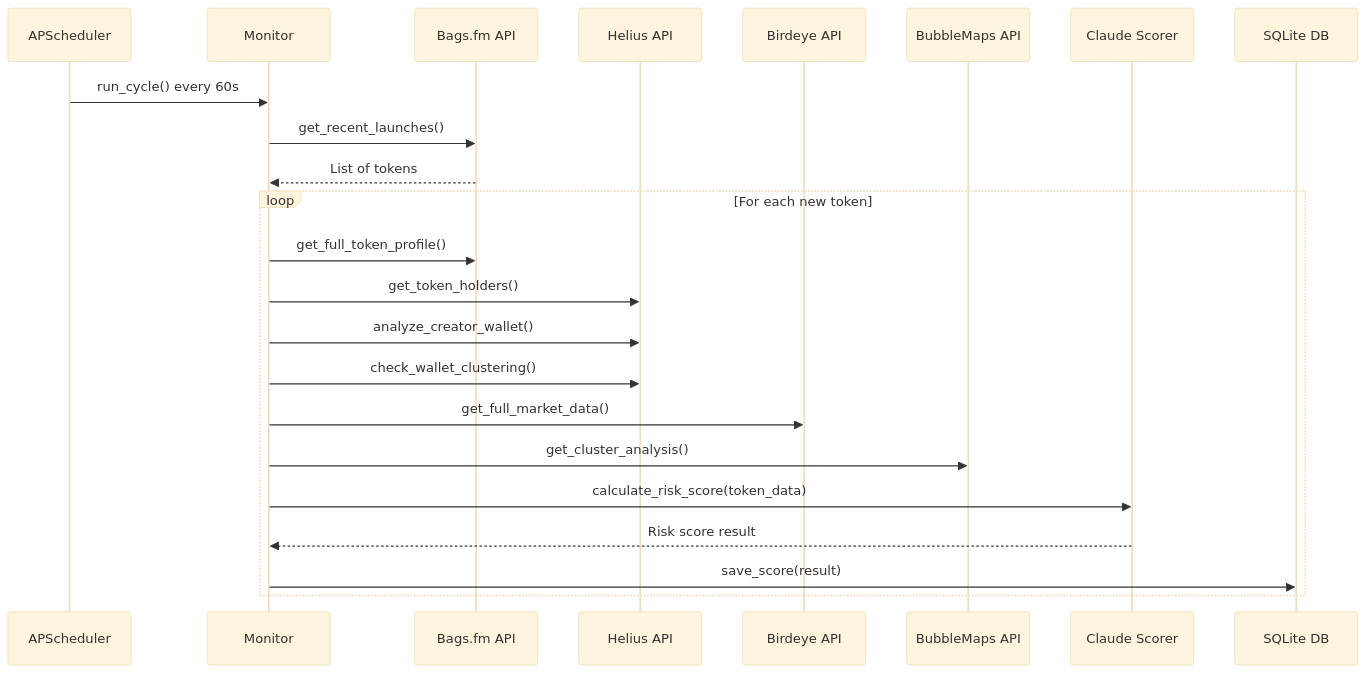
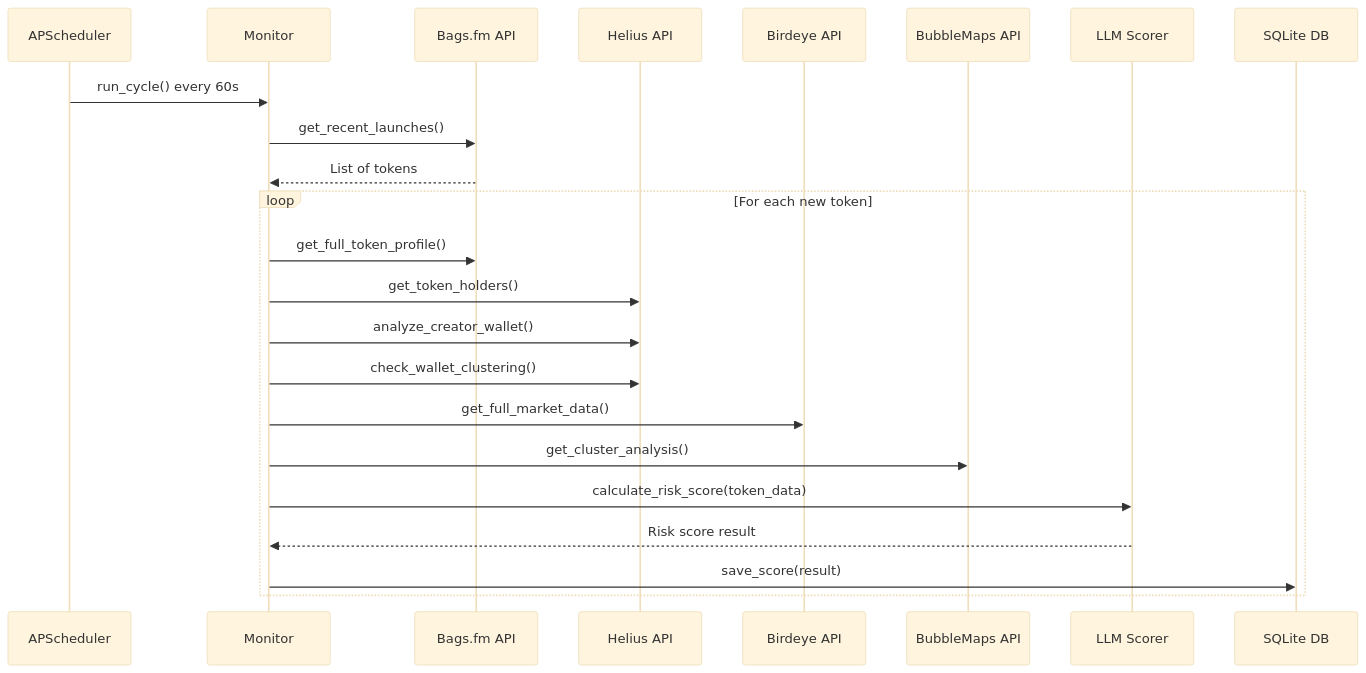
The second of 3 diagrams in docs/ARCHITECTURE.md (RunTimeAdmin/ScamHound), drawn with Mermaid (base theme) before and after one commit. The commit also changed other lines of this file and 5 other files, not shown here.

````diff
--- a/docs/ARCHITECTURE.md
+++ b/docs/ARCHITECTURE.md
@@ -254,29 +256,29 @@
 ```mermaid
 sequenceDiagram
     participant Scheduler as APScheduler
     participant Monitor as Monitor
     participant Bags as Bags.fm API
     participant Helius as Helius API
     participant Birdeye as Birdeye API
     participant BubbleMaps as BubbleMaps API
-    participant Scorer as Claude Scorer
+    participant Scorer as LLM Scorer
     participant DB as SQLite DB
 
     Scheduler->>Monitor: run_cycle() every 60s
     Monitor->>Bags: get_recent_launches()
     Bags-->>Monitor: List of tokens
     
     loop For each new token
         Monitor->>Bags: get_full_token_profile()
         Monitor->>Helius: get_token_holders()
         Monitor->>Helius: analyze_creator_wallet()
         Monitor->>Helius: check_wallet_clustering()
         Monitor->>Birdeye: get_full_market_data()
         Monitor->>BubbleMaps: get_cluster_analysis()
         
         Monitor->>Scorer: calculate_risk_score(token_data)
         Scorer-->>Monitor: Risk score result
         
         Monitor->>DB: save_score(result)
     end
 ```
````
